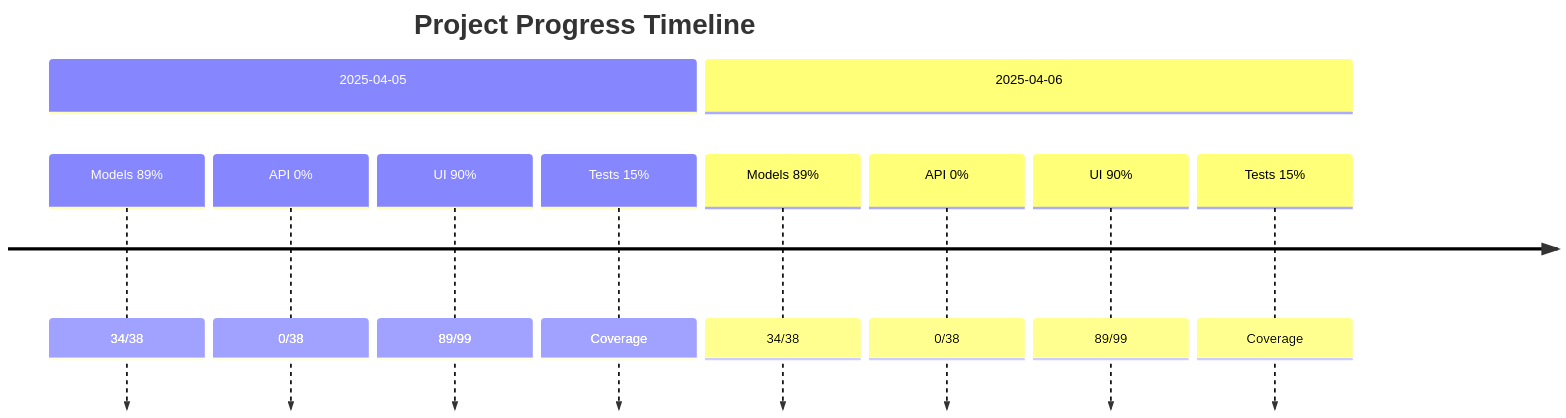
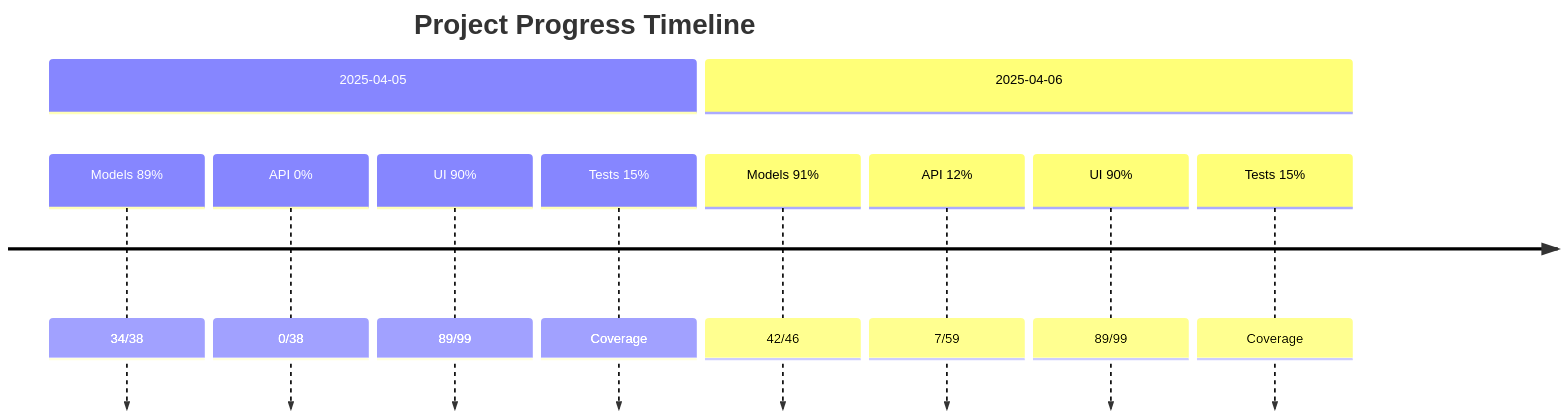
One commit to ordokr/LMS changed the diagram in docs/project_timeline.md. Above: the diagram before and after it, drawn with Mermaid. The commit also changed other lines of this file and 52 other files, not shown here.

````diff
--- a/docs/project_timeline.md
+++ b/docs/project_timeline.md
@@ -7,15 +7,15 @@
 ```mermaid
 timeline
     title Project Progress Timeline
     section 2025-04-05
     Models 89% : 34/38
     API 0% : 0/38
     UI 90% : 89/99
     Tests 15% : Coverage
     title Project Progress Timeline
     section 2025-04-06
-    Models 89% : 34/38
-    API 0% : 0/38
+    Models 91% : 42/46
+    API 12% : 7/59
     UI 90% : 89/99
     Tests 15% : Coverage
 ```
````
